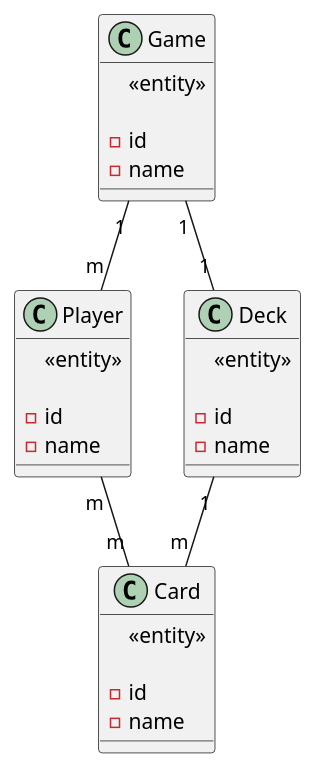
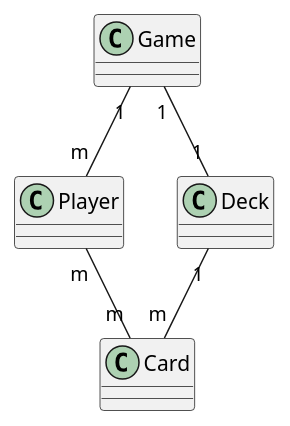
The diagram in README.md (saku-kaarakainen/iceye-home-work), drawn with PlantUML before and after one commit.

````diff
--- a/README.md
+++ b/README.md
@@ -28,36 +28,10 @@
+```plantuml
 @startuml
-
-class Game {
-<<entity>>
-
-- id
-- name
-  }
-
-class Player {
-<<entity>>
-
-- id
-- name
-  }
-
-class Deck {
-<<entity>>
-
-- id
-- name
-  }
-
-class Card {
-<<entity>>
-
-- id
-- name
-  }
 
 Game "1" -- "m" Player
 Game "1" -- "1" Deck
 Player "m" -- "m" Card
 Deck "1" -- "m" Card
 
 @enduml
+```
````
